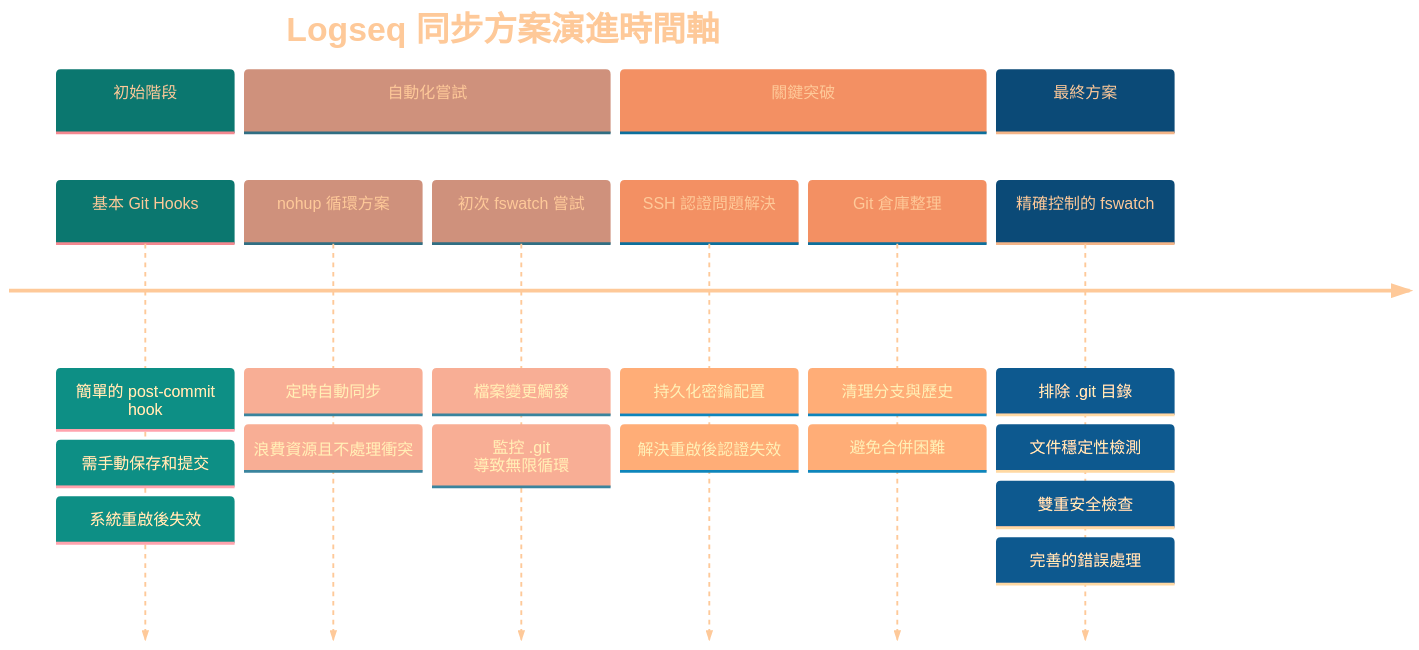
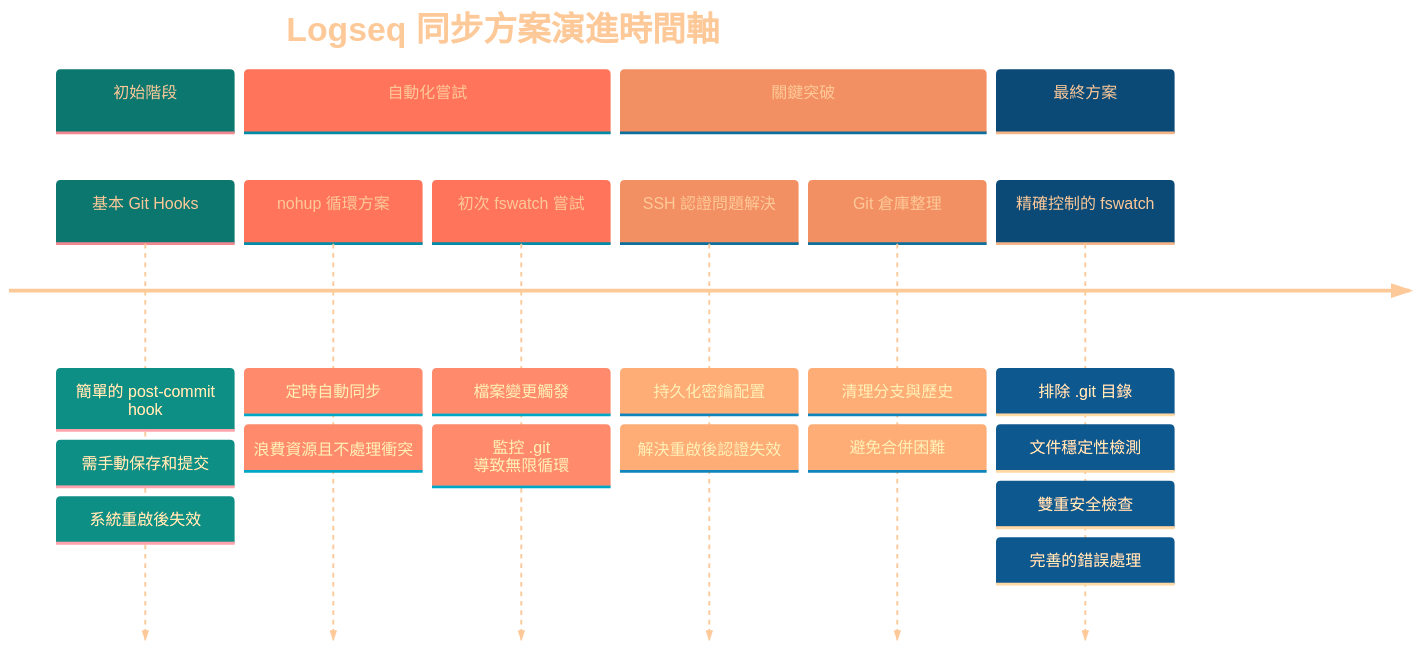
One commit to GengGeng026/Sync-Logseq changed the first of 2 diagrams in Logseq同步方案演進記錄.md. Above: the diagram before and after it, drawn with Mermaid.

Commit message:
Auto-sync: Wed Mar 26 10:04:51 +08 2025

````diff
--- a/Logseq同步方案演進記錄.md
+++ b/Logseq同步方案演進記錄.md
@@ -24,38 +24,38 @@
 ```mermaid
 %%{init: {
   'theme': 'base', 
   'themeVariables': {
     'primaryTextColor': '#FEC999',
     'primaryColor': '#19E9D9',
-    'secondaryColor': '#F1DFD9',
+    'secondaryColor': '#FFDFD9',
     'tertiaryColor': '#FCE4D9',
     'primaryBorderColor': '#A9D9D9',
     'background': 'transparent',
     'clusterBkg': 'transparent',
     'fontFamily': 'default',
     'fontSize': '17px',
     'fontWeight': 'normal'
   }
 }}%%
 timeline
     title Logseq 同步方案演進時間軸
     section 初始階段
         基本 Git Hooks : 簡單的 post-commit hook
         : 需手動保存和提交
         : 系統重啟後失效
     section 自動化嘗試
         nohup 循環方案 : 定時自動同步
         : 浪費資源且不處理衝突
         初次 fswatch 嘗試 : 檔案變更觸發
         : 監控 .git 導致無限循環
     section 關鍵突破
         SSH 認證問題解決 : 持久化密鑰配置
         : 解決重啟後認證失效
         Git 倉庫整理 : 清理分支與歷史
         : 避免合併困難
     section 最終方案
         精確控制的 fswatch : 排除 .git 目錄
         : 文件穩定性檢測
         : 雙重安全檢查
         : 完善的錯誤處理
 ```
````
